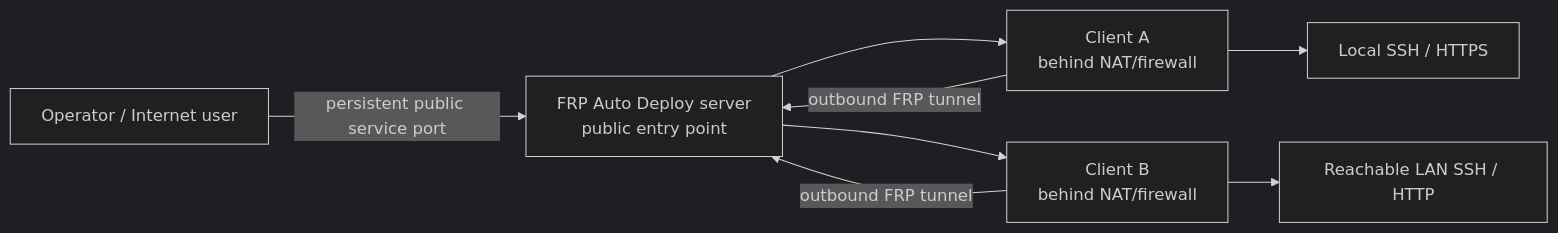
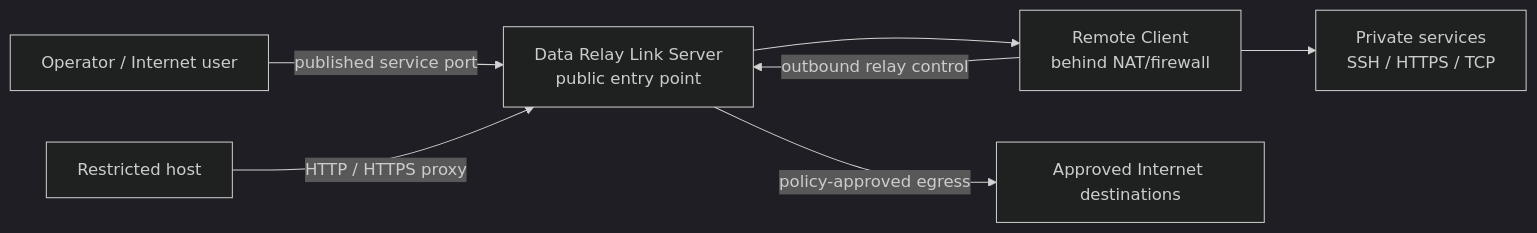
One commit to datarelay-labs/data-relay-link-docs changed the first of 2 diagrams in index.mdx. Above: the diagram before and after it, drawn with Mermaid (dark theme). The commit also changed other lines of this file and 36 other files, not shown here.

````diff
--- a/index.mdx
+++ b/index.mdx
@@ -18,17 +21,16 @@
 ```mermaid
 flowchart LR
-    O[Operator / Internet user]
-    S[FRP Auto Deploy server\npublic entry point]
-    C1[Client A\nbehind NAT/firewall]
-    C2[Client B\nbehind NAT/firewall]
-    L1[Local SSH / HTTPS]
-    L2[Reachable LAN SSH / HTTP]
+    U[Operator / Internet user]
+    S[Data Relay Link Server\npublic entry point]
+    C[Remote Client\nbehind NAT/firewall]
+    L[Private services\nSSH / HTTPS / TCP]
+    R[Restricted host]
+    I[Approved Internet destinations]
 
-    C1 -->|outbound FRP tunnel| S
-    C2 -->|outbound FRP tunnel| S
-    O -->|persistent public service port| S
-    S --> C1
-    S --> C2
-    C1 --> L1
-    C2 --> L2
+    C -->|outbound relay control| S
+    U -->|published service port| S
+    S --> C --> L
+
+    R -->|HTTP / HTTPS proxy| S
+    S -->|policy-approved egress| I
 ```
````
